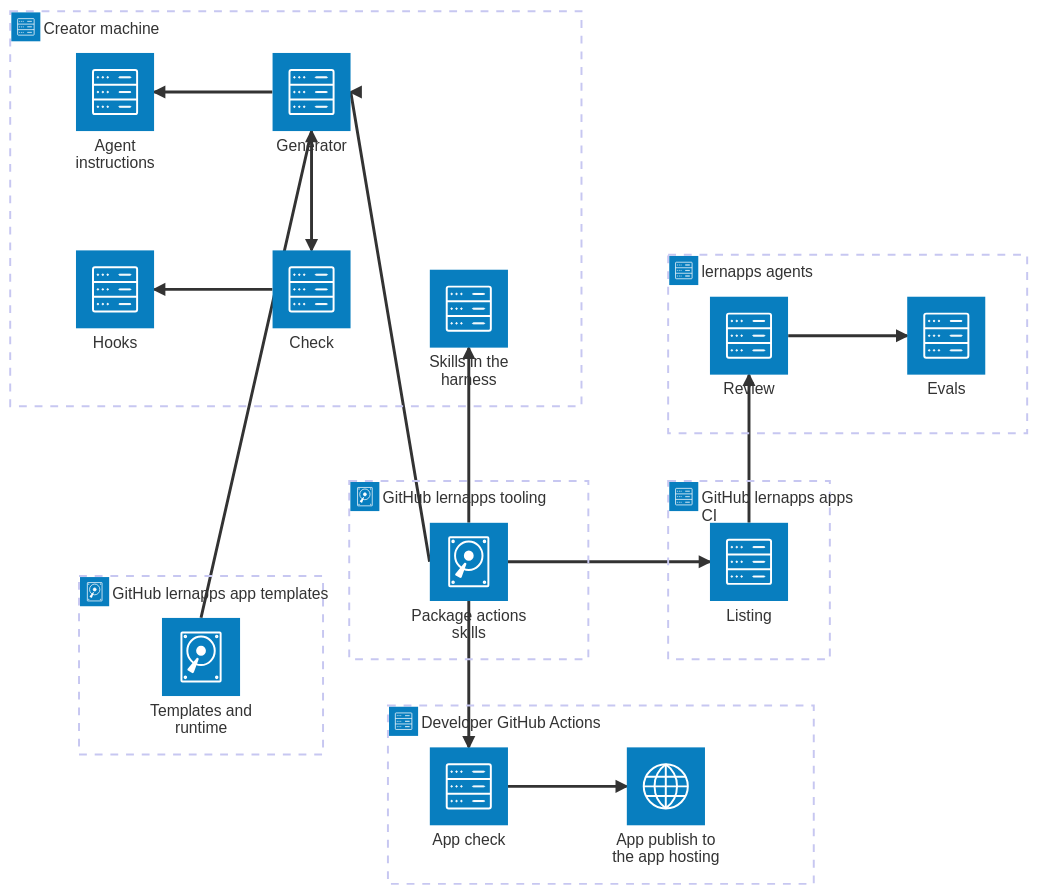
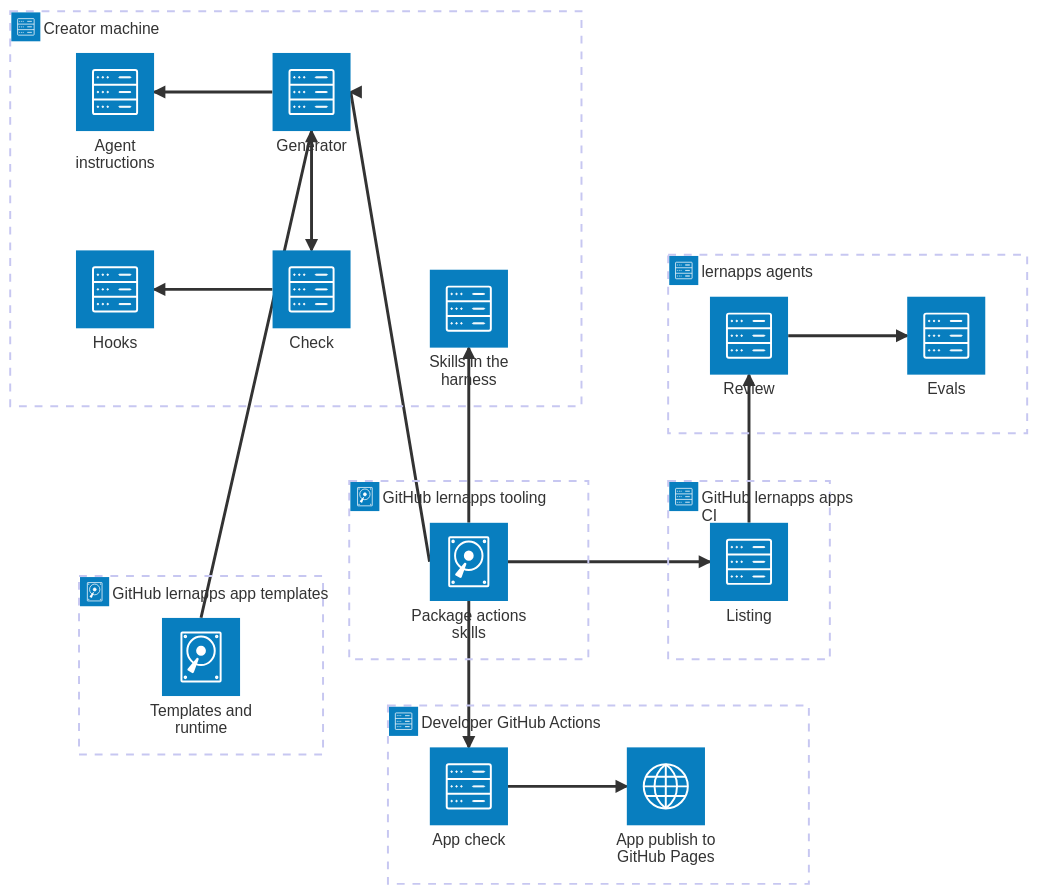
The diagram in docs/arc42/07-deployment-view.arc42.md (lernapps/tooling), drawn with Mermaid before and after one commit. The commit also changed other lines of this file and 13 other files, not shown here.

````diff
--- a/docs/arc42/07-deployment-view.arc42.md
+++ b/docs/arc42/07-deployment-view.arc42.md
@@ -23,32 +24,32 @@
 ```mermaid
 architecture-beta
     group creator(server)[Creator machine]
     group toolingrepo(disk)[GitHub lernapps tooling]
     group templaterepo(disk)[GitHub lernapps app templates]
     group appci(server)[Developer GitHub Actions]
     group appsci(server)[GitHub lernapps apps CI]
     group agents(server)[lernapps agents]
     service guidance(server)[Agent instructions] in creator
     service skills(server)[Skills in the harness] in creator
     service generator(server)[Generator] in creator
     service checklocal(server)[Check] in creator
     service hooks(server)[Hooks] in creator
     service package(disk)[Package actions skills] in toolingrepo
     service templates(disk)[Templates and runtime] in templaterepo
     service appcheck(server)[App check] in appci
-    service publish(internet)[App publish to the app hosting] in appci
+    service publish(internet)[App publish to GitHub Pages] in appci
     service listing(server)[Listing] in appsci
     service review(server)[Review] in agents
     service evals(server)[Evals] in agents
     package:L --> R:generator
     templates:T --> B:generator
     generator:L --> R:guidance
     generator:B --> T:checklocal
     checklocal:L --> R:hooks
     package:T --> B:skills
     package:B --> T:appcheck
     appcheck:R --> L:publish
     package:R --> L:listing
     listing:T --> B:review
     review:R --> L:evals
 ```
````
